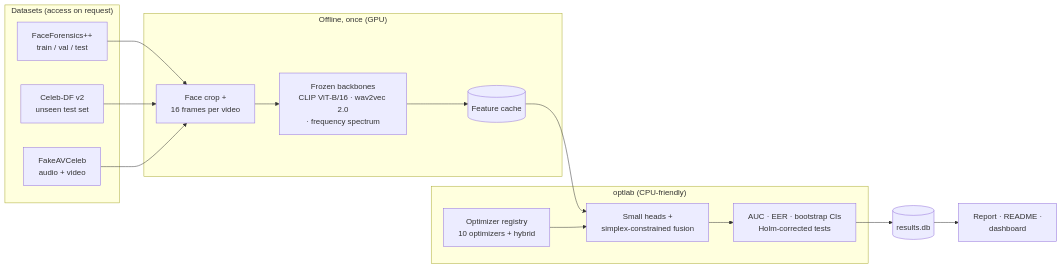
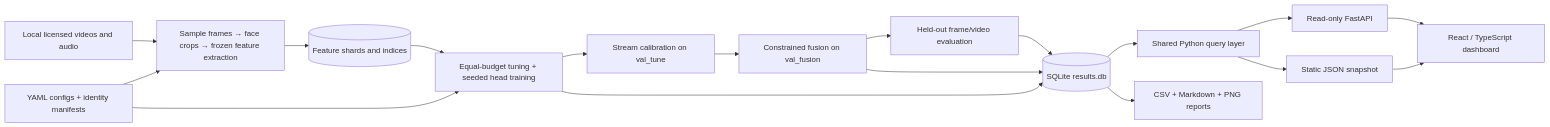
The diagram in README.md (Aahan0605/cmai-project-), drawn with Mermaid before and after one commit. The commit also changed other lines of this file and 790 other files, not shown here.

Commit message:
Improve backend reliability, complete dashboard, and document architecture

````diff
--- a/README.md
+++ b/README.md
@@ -69,26 +118,26 @@
 ```mermaid
 flowchart LR
-    subgraph DATA["Datasets (access on request)"]
-        FF["FaceForensics++<br/>train / val / test"]
-        CD["Celeb-DF v2<br/>unseen test set"]
-        FA["FakeAVCeleb<br/>audio + video"]
-    end
-    subgraph PREP["Offline, once (GPU)"]
-        FACE["Face crop +<br/>16 frames per video"]
-        FEAT["Frozen backbones<br/>CLIP ViT-B/16 · wav2vec 2.0<br/>· frequency spectrum"]
-        CACHE[("Feature cache")]
-    end
-    subgraph CORE["optlab (CPU-friendly)"]
-        OPT["Optimizer registry<br/>10 optimizers + hybrid"]
-        TRAIN["Small heads +<br/>simplex-constrained fusion"]
-        EVAL["AUC · EER · bootstrap CIs<br/>Holm-corrected tests"]
-    end
-    DB[("results.db")]
-    OUT["Report · README ·<br/>dashboard"]
-
-    FF --> FACE
-    CD --> FACE
-    FA --> FACE
-    FACE --> FEAT --> CACHE --> TRAIN
-    OPT --> TRAIN --> EVAL --> DB --> OUT
+    DATA["Local licensed videos and audio"]
+    CFG["YAML configs + identity manifests"]
+    PREP["Sample frames → face crops → frozen feature extraction"]
+    CACHE[("Feature shards and indices")]
+    TRAIN["Equal-budget tuning + seeded head training"]
+    CAL["Stream calibration on val_tune"]
+    FUSE["Constrained fusion on val_fusion"]
+    EVAL["Held-out frame/video evaluation"]
+    DB[("SQLite results.db")]
+    QUERY["Shared Python query layer"]
+    API["Read-only FastAPI"]
+    SNAP["Static JSON snapshot"]
+    WEB["React / TypeScript dashboard"]
+    REPORT["CSV + Markdown + PNG reports"]
+    DATA --> PREP --> CACHE --> TRAIN --> CAL --> FUSE --> EVAL --> DB
+    CFG --> PREP
+    CFG --> TRAIN
+    TRAIN --> DB
+    FUSE --> DB
+    DB --> QUERY
+    QUERY --> API --> WEB
+    QUERY --> SNAP --> WEB
+    DB --> REPORT
 ```
````
